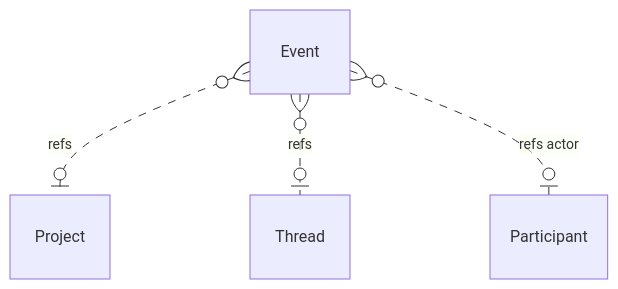
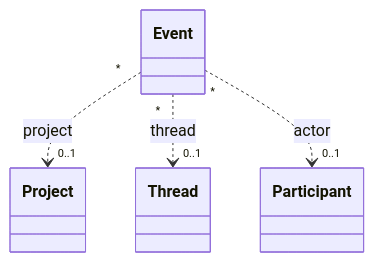
Before and after one commit to hskksk/comitia: diagram 12 of 12 in docs/design/14-board-domain-model.md, drawn with Mermaid. The commit also changed other lines of this file, not shown here.

First line of the commit message:
docs: ドメイン図を一段の所有木と class 図に直す

````diff
--- a/docs/design/14-board-domain-model.md
+++ b/docs/design/14-board-domain-model.md
@@ -207,6 +251,8 @@
 ```mermaid
-erDiagram
-    Event }o..o| Project : refs
-    Event }o..o| Thread : refs
-    Event }o..o| Participant : "refs actor"
+classDiagram
+    hide empty members
+    direction TB
+    Event "*" ..> "0..1" Project : project
+    Event "*" ..> "0..1" Thread : thread
+    Event "*" ..> "0..1" Participant : actor
 ```
````
